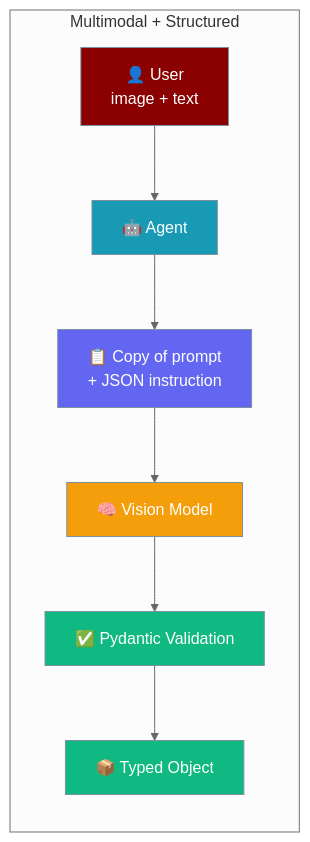
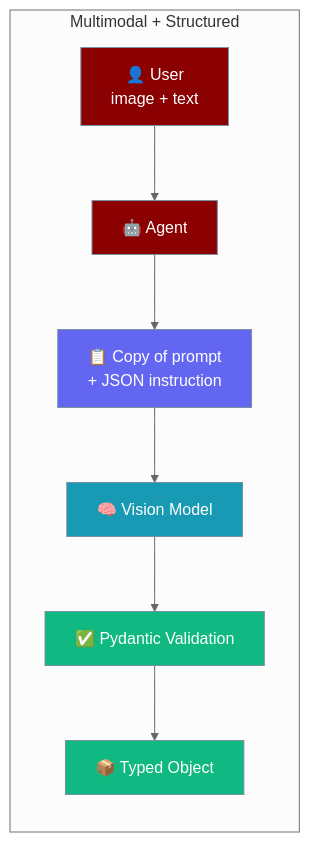
The fourth of 4 diagrams in docs/features/structured.mdx (MervinPraison/PraisonAIDocs), drawn with Mermaid (neutral theme) before and after one commit. The commit also changed other lines of this file, not shown here.

Commit message:
fix: align structured multimodal diagram colors and tighten wording

````diff
--- a/docs/features/structured.mdx
+++ b/docs/features/structured.mdx
@@ -280,22 +280,20 @@
 ```mermaid
 graph LR
     subgraph "Multimodal + Structured"
         U[👤 User<br/>image + text] --> A[🤖 Agent]
         A --> C[📋 Copy of prompt<br/>+ JSON instruction]
         C --> M[🧠 Vision Model]
         M --> V[✅ Pydantic Validation]
         V --> T[📦 Typed Object]
     end
 
-    classDef user fill:#8B0000,stroke:#7C90A0,color:#fff
-    classDef agent fill:#189AB4,stroke:#7C90A0,color:#fff
-    classDef intermediate fill:#F59E0B,stroke:#7C90A0,color:#fff
+    classDef agent fill:#8B0000,stroke:#7C90A0,color:#fff
+    classDef process fill:#189AB4,stroke:#7C90A0,color:#fff
     classDef config fill:#6366F1,stroke:#7C90A0,color:#fff
     classDef success fill:#10B981,stroke:#7C90A0,color:#fff
 
-    class U user
-    class A agent
+    class U,A agent
     class C config
-    class M intermediate
+    class M process
     class V,T success
 ```
````
